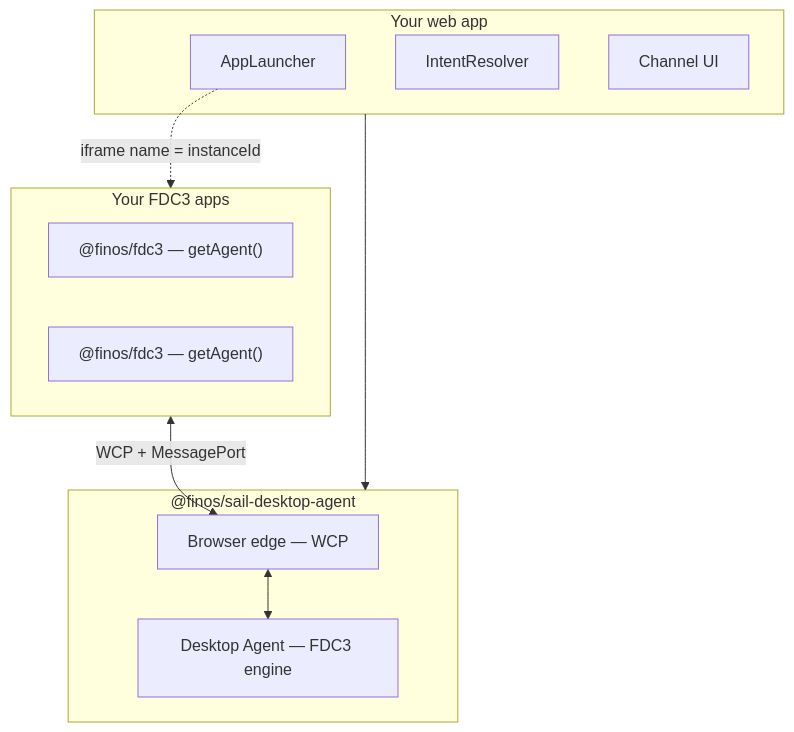
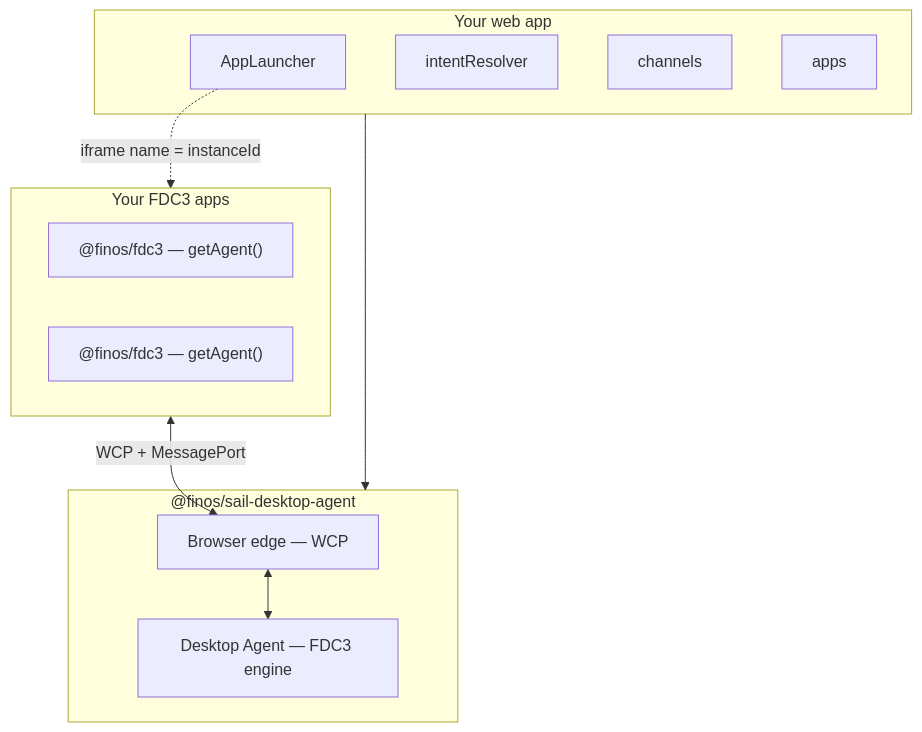
One commit to SeeWhatsOn/FDC3-Sail changed the second of 2 diagrams in website/docs/getting-started.md. Above: the diagram before and after it, drawn with Mermaid. The commit also changed other lines of this file and 12 other files, not shown here.

````diff
--- a/website/docs/getting-started.md
+++ b/website/docs/getting-started.md
@@ -174,23 +177,24 @@
 ```mermaid
 flowchart TB
   subgraph apps ["Your FDC3 apps"]
     A1["@finos/fdc3 — getAgent()"]
     A2["@finos/fdc3 — getAgent()"]
   end
 
   subgraph host ["Your web app"]
     L["AppLauncher"]
-    I["IntentResolver"]
-    C["Channel UI"]
+    IR["intentResolver"]
+    CH["channels"]
+    AP["apps"]
   end
 
   subgraph sail ["@finos/sail-desktop-agent"]
     edge["Browser edge — WCP"]
     da["Desktop Agent — FDC3 engine"]
     edge <--> da
   end
 
   apps <-->|"WCP + MessagePort"| edge
   host --> sail
   L -.->|"iframe name = instanceId"| apps
 ```
````
